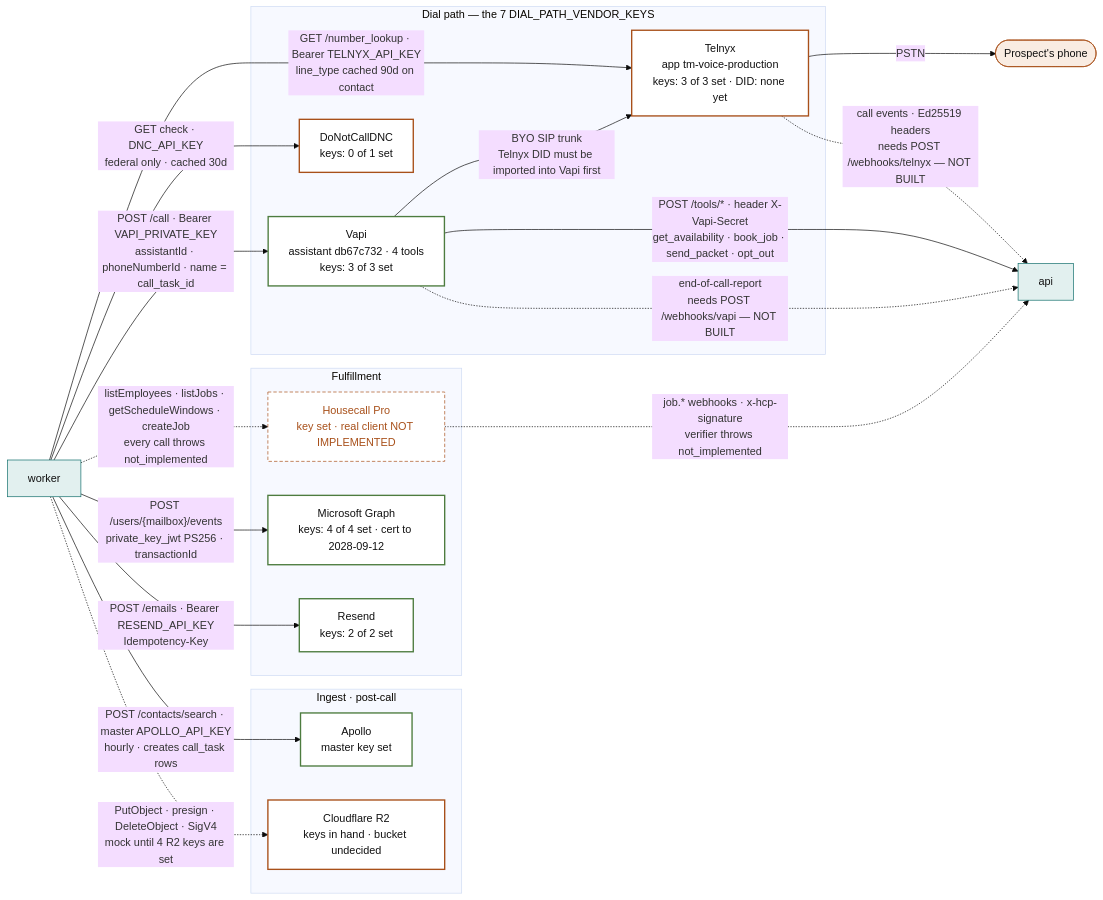
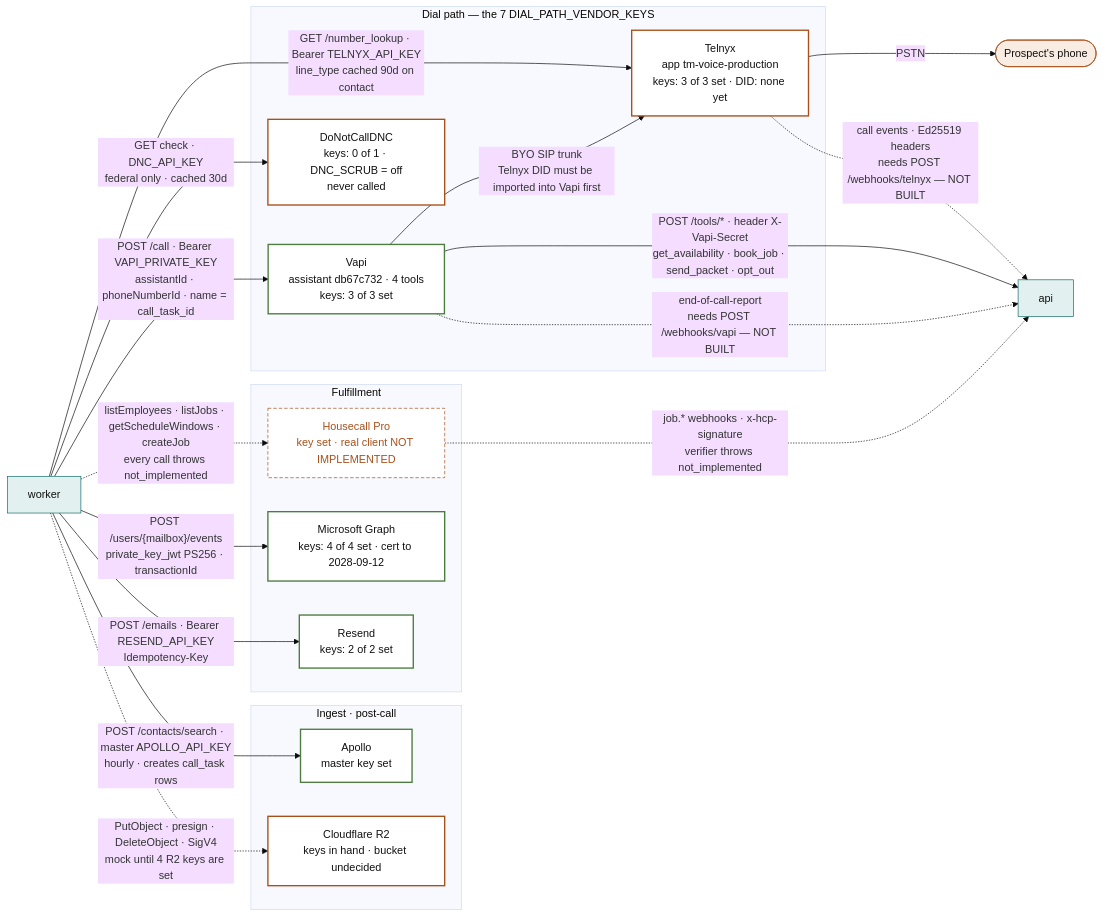
One commit to MAKaminski/tm-voice changed the second of 7 diagrams in docs/ARCHITECTURE.md. Above: the diagram before and after it, drawn with Mermaid (base theme). The commit also changed other lines of this file and 13 other files, not shown here.

First line of the commit message:
feat: DNC_SCRUB flag — dial without a registry lookup, by explicit decision

````diff
--- a/docs/ARCHITECTURE.md
+++ b/docs/ARCHITECTURE.md
@@ -73,45 +73,45 @@
 ```mermaid
 flowchart LR
   classDef svc fill:#e2f0ef,stroke:#0e6d6a,color:#111
   classDef real fill:#fff,stroke:#4d7c3f,stroke-width:2px,color:#111
   classDef partial fill:#fff,stroke:#a8501a,stroke-width:2px,color:#111
   classDef gap fill:#fff,stroke:#a8501a,stroke-dasharray:5 3,color:#a8501a
   classDef human fill:#f9ece2,stroke:#a8501a,color:#111
 
   worker["worker"]:::svc
   api["api"]:::svc
   prospect(["Prospect's phone"]):::human
 
   subgraph dialpath["Dial path — the 7 DIAL_PATH_VENDOR_KEYS"]
     vapi["Vapi<br/>assistant db67c732 · 4 tools<br/>keys: 3 of 3 set"]:::real
     telnyx["Telnyx<br/>app tm-voice-production<br/>keys: 3 of 3 set · DID: none yet"]:::partial
-    dnc["DoNotCallDNC<br/>keys: 0 of 1 set"]:::partial
+    dnc["DoNotCallDNC<br/>keys: 0 of 1 · DNC_SCRUB = off<br/>never called"]:::partial
   end
 
   subgraph fulfil["Fulfillment"]
     hcp["Housecall Pro<br/>key set · real client NOT IMPLEMENTED"]:::gap
     msgraph["Microsoft Graph<br/>keys: 4 of 4 set · cert to 2028-09-12"]:::real
     resend["Resend<br/>keys: 2 of 2 set"]:::real
   end
 
   subgraph other["Ingest · post-call"]
     apollo["Apollo<br/>master key set"]:::real
     r2["Cloudflare R2<br/>keys in hand · bucket undecided"]:::partial
   end
 
   worker -->|"GET /number_lookup · Bearer TELNYX_API_KEY<br/>line_type cached 90d on contact"| telnyx
   worker -->|"GET check · DNC_API_KEY<br/>federal only · cached 30d"| dnc
   worker -->|"POST /call · Bearer VAPI_PRIVATE_KEY<br/>assistantId · phoneNumberId · name = call_task_id"| vapi
   vapi -->|"BYO SIP trunk<br/>Telnyx DID must be imported into Vapi first"| telnyx
   telnyx -->|"PSTN"| prospect
   vapi -->|"POST /tools/* · header X-Vapi-Secret<br/>get_availability · book_job · send_packet · opt_out"| api
   vapi -.->|"end-of-call-report<br/>needs POST /webhooks/vapi — NOT BUILT"| api
   telnyx -.->|"call events · Ed25519 headers<br/>needs POST /webhooks/telnyx — NOT BUILT"| api
 
   worker -.->|"listEmployees · listJobs · getScheduleWindows · createJob<br/>every call throws not_implemented"| hcp
   hcp -.->|"job.* webhooks · x-hcp-signature<br/>verifier throws not_implemented"| api
   worker -->|"POST /users/{mailbox}/events<br/>private_key_jwt PS256 · transactionId"| msgraph
   worker -->|"POST /emails · Bearer RESEND_API_KEY<br/>Idempotency-Key"| resend
   worker -->|"POST /contacts/search · master APOLLO_API_KEY<br/>hourly · creates call_task rows"| apollo
   worker -.->|"PutObject · presign · DeleteObject · SigV4<br/>mock until 4 R2 keys are set"| r2
 ```
````
